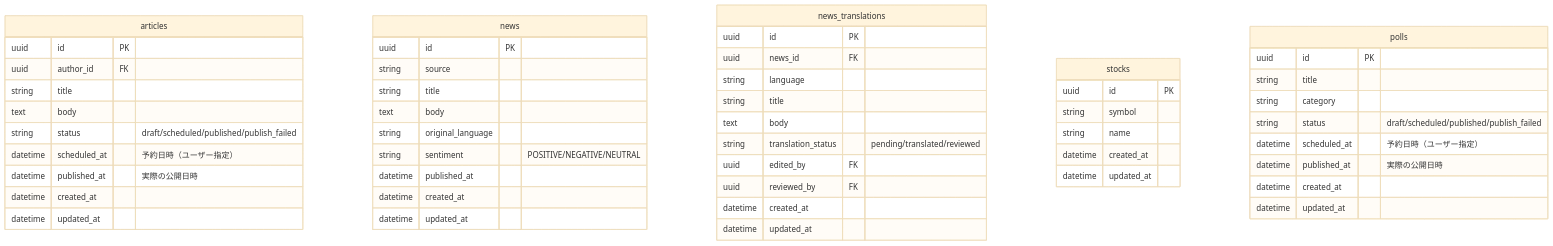
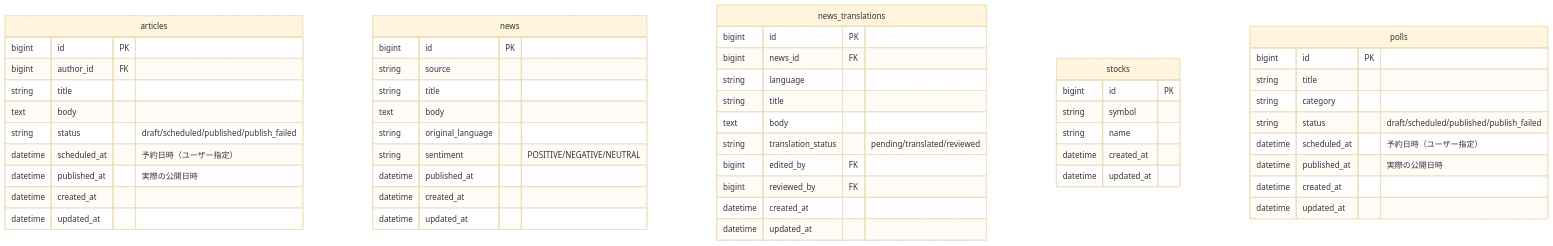
One commit to RRRRRRR-777/SikouLab changed the first of 3 diagrams in docs/functions/search/home.md. Above: the diagram before and after it, drawn with Mermaid (base theme). The commit also changed 19 other files, not shown here.

````diff
--- a/docs/functions/search/home.md
+++ b/docs/functions/search/home.md
@@ -93,58 +93,58 @@
 ```mermaid
 erDiagram
     articles {
-        uuid id PK
-        uuid author_id FK
+        bigint id PK
+        bigint author_id FK
         string title
         text body
         string status "draft/scheduled/published/publish_failed"
         datetime scheduled_at "予約日時（ユーザー指定）"
         datetime published_at "実際の公開日時"
         datetime created_at
         datetime updated_at
     }
 
     news {
-        uuid id PK
+        bigint id PK
         string source
         string title
         text body
         string original_language
         string sentiment "POSITIVE/NEGATIVE/NEUTRAL"
         datetime published_at
         datetime created_at
         datetime updated_at
     }
 
     news_translations {
-        uuid id PK
-        uuid news_id FK
+        bigint id PK
+        bigint news_id FK
         string language
         string title
         text body
         string translation_status "pending/translated/reviewed"
-        uuid edited_by FK
-        uuid reviewed_by FK
+        bigint edited_by FK
+        bigint reviewed_by FK
         datetime created_at
         datetime updated_at
     }
 
     stocks {
-        uuid id PK
+        bigint id PK
         string symbol
         string name
         datetime created_at
         datetime updated_at
     }
 
     polls {
-        uuid id PK
+        bigint id PK
         string title
         string category
         string status "draft/scheduled/published/publish_failed"
         datetime scheduled_at "予約日時（ユーザー指定）"
         datetime published_at "実際の公開日時"
         datetime created_at
         datetime updated_at
     }
 ```
````
